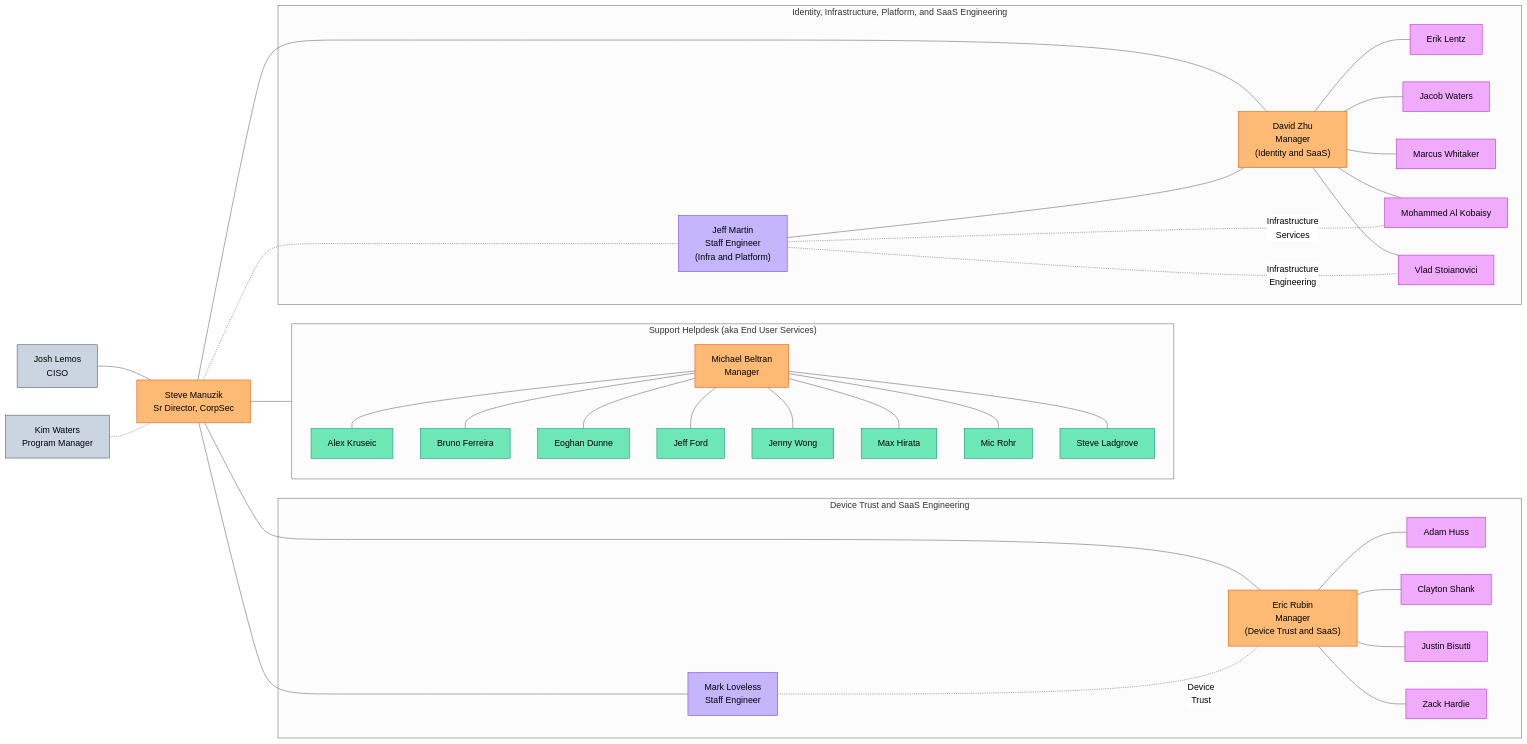
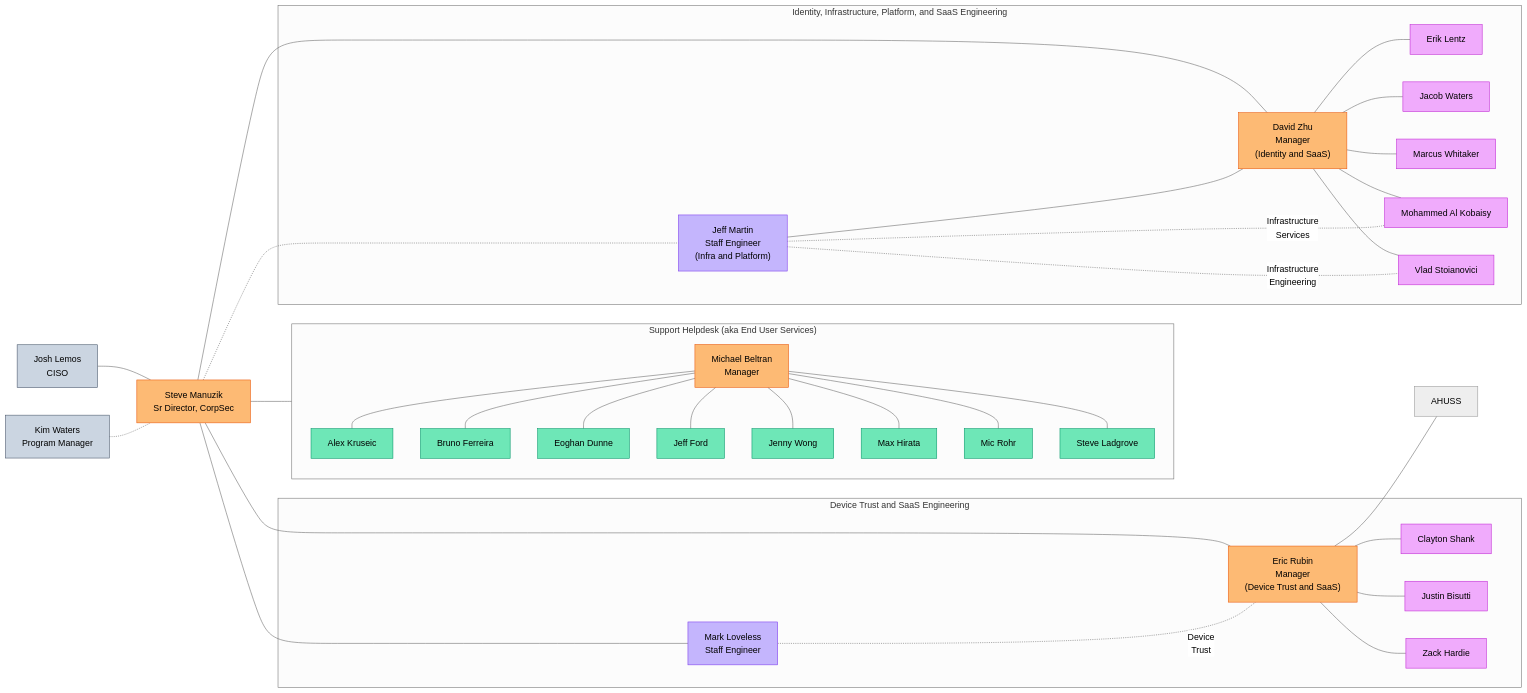
One commit to zalyoung/gitlab-handbook changed the second of 2 diagrams in content/handbook/security/corporate/team/_index.md. Above: the diagram before and after it, drawn with Mermaid (neutral theme). The commit also changed other lines of this file and 4 other files, not shown here.

````diff
--- a/content/handbook/security/corporate/team/_index.md
+++ b/content/handbook/security/corporate/team/_index.md
@@ -532,81 +513,80 @@
 ```mermaid
 graph LR
 
 JLEMOS["Josh Lemos<br>CISO"]:::slate
 KWATERS["Kim Waters<br>Program Manager"]:::slate
 SMANZUIK["Steve Manuzik<br>Sr Director, CorpSec"]:::orange
 
 subgraph "Support Helpdesk (aka End User Services)"
 direction TB
 AKRUSIEC["Alex Kruseic"]:::emerald
 BFERREIRA["Bruno Ferreira"]:::emerald
 EDUNNE["Eoghan Dunne"]:::emerald
 JFORD["Jeff Ford"]:::emerald
 JWONG["Jenny Wong"]:::emerald
 MBELTRAN["Michael Beltran<br>Manager"]:::orange
 MHIRATA["Max Hirata"]:::emerald
 MROHR["Mic Rohr"]:::emerald
 SLADGROVE["Steve Ladgrove"]:::emerald
 end
 
 subgraph "Device Trust and SaaS Engineering"
 MLOVELESS["Mark Loveless<br>Staff Engineer"]:::violet
-AHUSS["Adam Huss"]:::fuchsia
 CSHANK["Clayton Shank"]:::fuchsia
 ERUBIN["Eric Rubin<br>Manager<br>(Device Trust and SaaS)"]:::orange
 JBISUTTI["Justin Bisutti"]:::fuchsia
 ZHARDIE["Zack Hardie"]:::fuchsia
 end
 
 subgraph "Identity, Infrastructure, Platform, and SaaS Engineering"
 DZHU["David Zhu<br>Manager<br>(Identity and SaaS)"]:::orange
 ELENTZ["Erik Lentz"]:::fuchsia
 JWATERS["Jacob Waters"]:::fuchsia
 MWHITAKER["Marcus Whitaker"]:::fuchsia
 MALKOBAISY["Mohammed Al Kobaisy"]:::fuchsia
 VSTOIANOVICI["Vlad Stoianovici"]:::fuchsia
 JMARTIN["Jeff Martin<br>Staff Engineer<br>(Infra and Platform)"]:::violet
 end
 
 JLEMOS --- SMANZUIK
 SMANZUIK --- MBELTRAN
 SMANZUIK --- ERUBIN
 SMANZUIK --- DZHU
 KWATERS -.- SMANZUIK
 MLOVELESS -. Device<br>Trust .- ERUBIN
 
 MBELTRAN --- AKRUSIEC
 MBELTRAN --- BFERREIRA
 MBELTRAN --- EDUNNE
 MBELTRAN --- JFORD
 MBELTRAN --- JWONG
 MBELTRAN --- MHIRATA
 MBELTRAN --- MROHR
 MBELTRAN --- SLADGROVE
 
 ERUBIN --- AHUSS
 ERUBIN --- CSHANK
 ERUBIN --- ZHARDIE
 ERUBIN --- JBISUTTI
 
 DZHU --- JWATERS
 DZHU --- ELENTZ
 DZHU --- MWHITAKER
 DZHU --- MALKOBAISY
 DZHU --- VSTOIANOVICI
 JMARTIN --- DZHU
 SMANZUIK --- MLOVELESS
 SMANZUIK -.- JMARTIN
 JMARTIN -. Infrastructure<br>Services .- MALKOBAISY
 JMARTIN -. Infrastructure<br>Engineering .- VSTOIANOVICI
 
 classDef slate fill:#cbd5e1,stroke:#475569,stroke-width:1px;
 classDef red fill:#fca5a5,stroke:#dc2626,stroke-width:1px;
 classDef orange fill:#fdba74,stroke:#ea580c,stroke-width:1px;
 classDef yellow fill:#fcd34d,stroke:#ca8a04,stroke-width:1px;
 classDef emerald fill:#6ee7b7,stroke:#059669,stroke-width:1px;
 classDef cyan fill:#67e8f9,stroke:#0891b2,stroke-width:1px;
 classDef sky fill:#7dd3fc,stroke:#0284c7,stroke-width:1px;
 classDef violet fill:#c4b5fd,stroke:#7c3aed,stroke-width:1px;
 classDef fuchsia fill:#f0abfc,stroke:#c026d3,stroke-width:1px;
 ```
````
